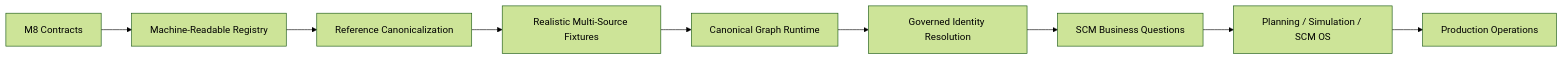
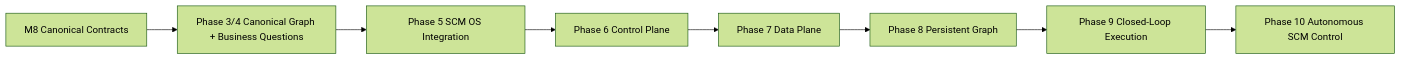
Before and after one commit to miumigy/scm-ontology: the diagram in docs/roadmap-post-m8.md, drawn with Mermaid (forest theme). The commit also changed other lines of this file, not shown here.

Commit message:
docs: extend roadmap through Phase 10 SCM OS

````diff
--- a/docs/roadmap-post-m8.md
+++ b/docs/roadmap-post-m8.md
@@ -54,11 +7,10 @@
 ```mermaid
 flowchart LR
-    A[M8 Contracts] --> B[Machine-Readable Registry]
-    B --> C[Reference Canonicalization]
-    C --> D[Realistic Multi-Source Fixtures]
-    D --> E[Canonical Graph Runtime]
-    E --> F[Governed Identity Resolution]
-    F --> G[SCM Business Questions]
-    G --> H[Planning / Simulation / SCM OS]
-    H --> I[Production Operations]
+    A[M8 Canonical Contracts] --> B[Phase 3/4 Canonical Graph + Business Questions]
+    B --> C[Phase 5 SCM OS Integration]
+    C --> D[Phase 6 Control Plane]
+    D --> E[Phase 7 Data Plane]
+    E --> F[Phase 8 Persistent Graph]
+    F --> G[Phase 9 Closed-Loop Execution]
+    G --> H[Phase 10 Autonomous SCM Control]
 ```
````
